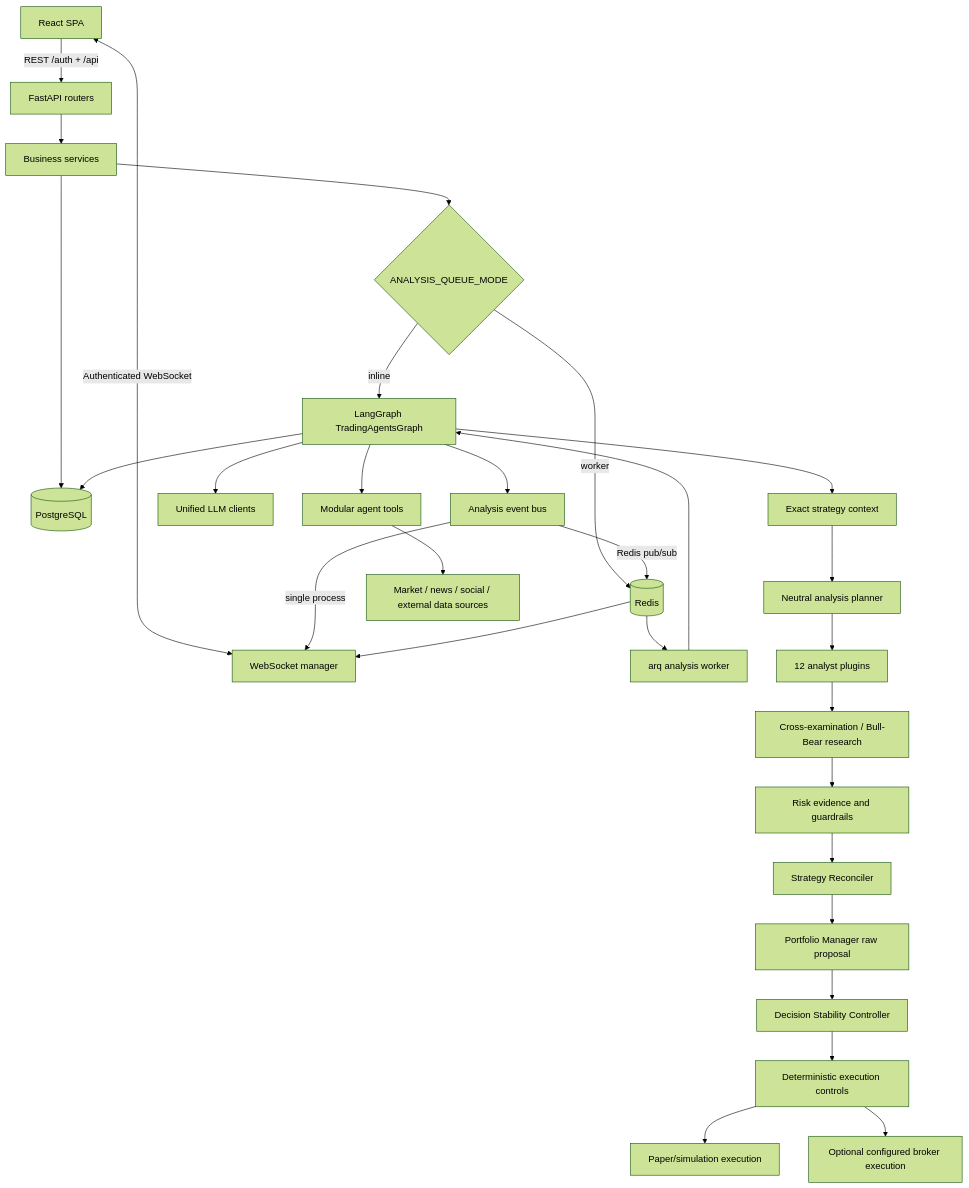
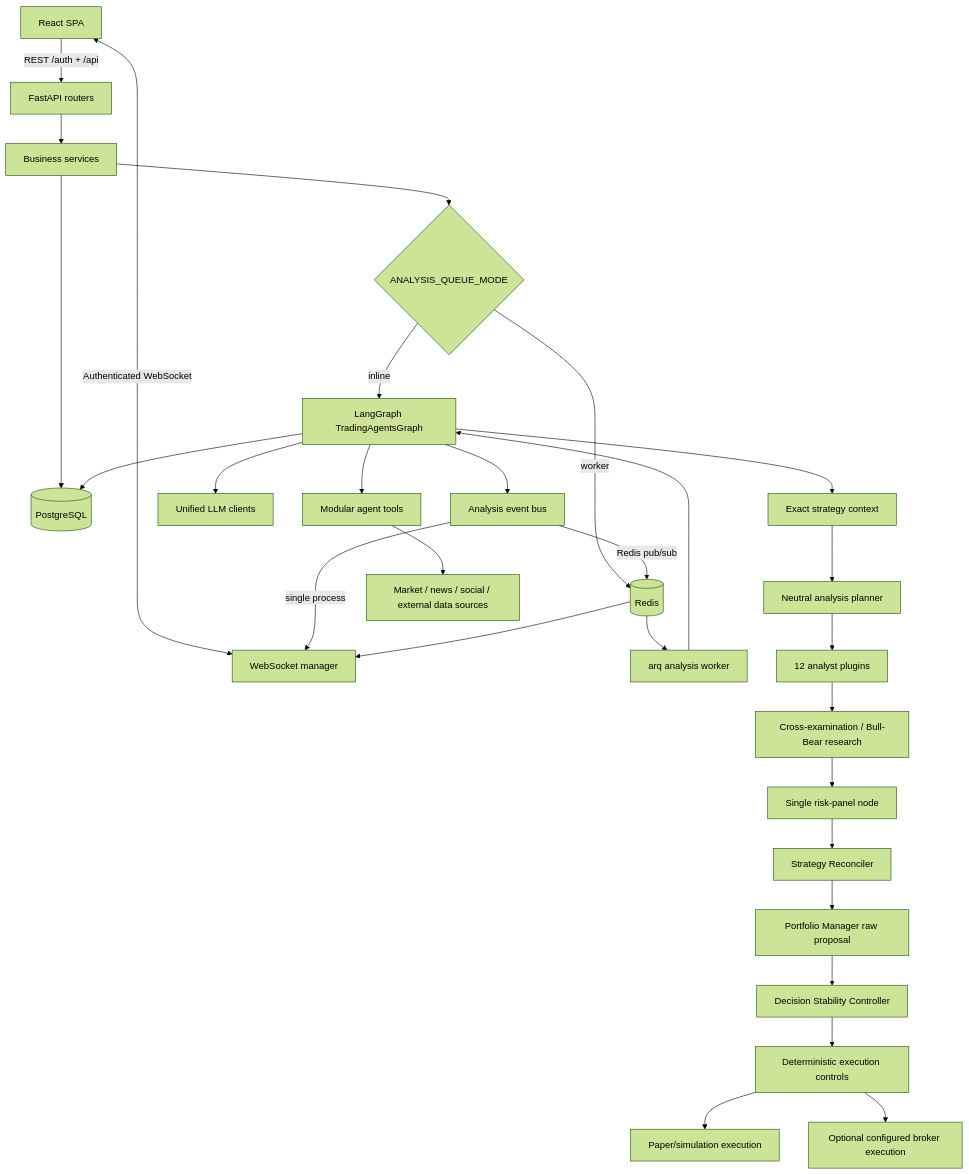
One commit to JustSadY/TradingAgents changed the diagram in docs/architecture/overview.md. Above: the diagram before and after it, drawn with Mermaid (forest theme). The commit also changed other lines of this file, not shown here.

Commit message:
Remove retired risk-agent and schema-stamp architecture docs

````diff
--- a/docs/architecture/overview.md
+++ b/docs/architecture/overview.md
@@ -9,37 +9,37 @@
 ```mermaid
 graph TD
     Browser[React SPA] -->|REST /auth + /api| API[FastAPI routers]
     Browser <-->|Authenticated WebSocket| WS[WebSocket manager]
 
     API --> Services[Business services]
     Services --> DB[(PostgreSQL)]
     Services --> Queue{ANALYSIS_QUEUE_MODE}
 
     Queue -->|inline| Graph[LangGraph TradingAgentsGraph]
     Queue -->|worker| Redis[(Redis)]
     Redis --> Worker[arq analysis worker]
     Worker --> Graph
 
     Graph --> StrategyContext[Exact strategy context]
     StrategyContext --> Planner[Neutral analysis planner]
     Planner --> Analysts[12 analyst plugins]
     Analysts --> Research[Cross-examination / Bull-Bear research]
-    Research --> Risk[Risk evidence and guardrails]
+    Research --> Risk[Single risk-panel node]
     Risk --> Reconciler[Strategy Reconciler]
     Reconciler --> PM[Portfolio Manager raw proposal]
     PM --> Stability[Decision Stability Controller]
 
     Graph --> LLM[Unified LLM clients]
     Graph --> Tools[Modular agent tools]
     Tools --> Vendors[Market / news / social / external data sources]
 
     Graph --> DB
     Graph --> Events[Analysis event bus]
     Events -->|single process| WS
     Events -->|Redis pub/sub| Redis
     Redis --> WS
 
     Stability --> Controls[Deterministic execution controls]
     Controls --> Paper[Paper/simulation execution]
     Controls --> Broker[Optional configured broker execution]
 ```
````
